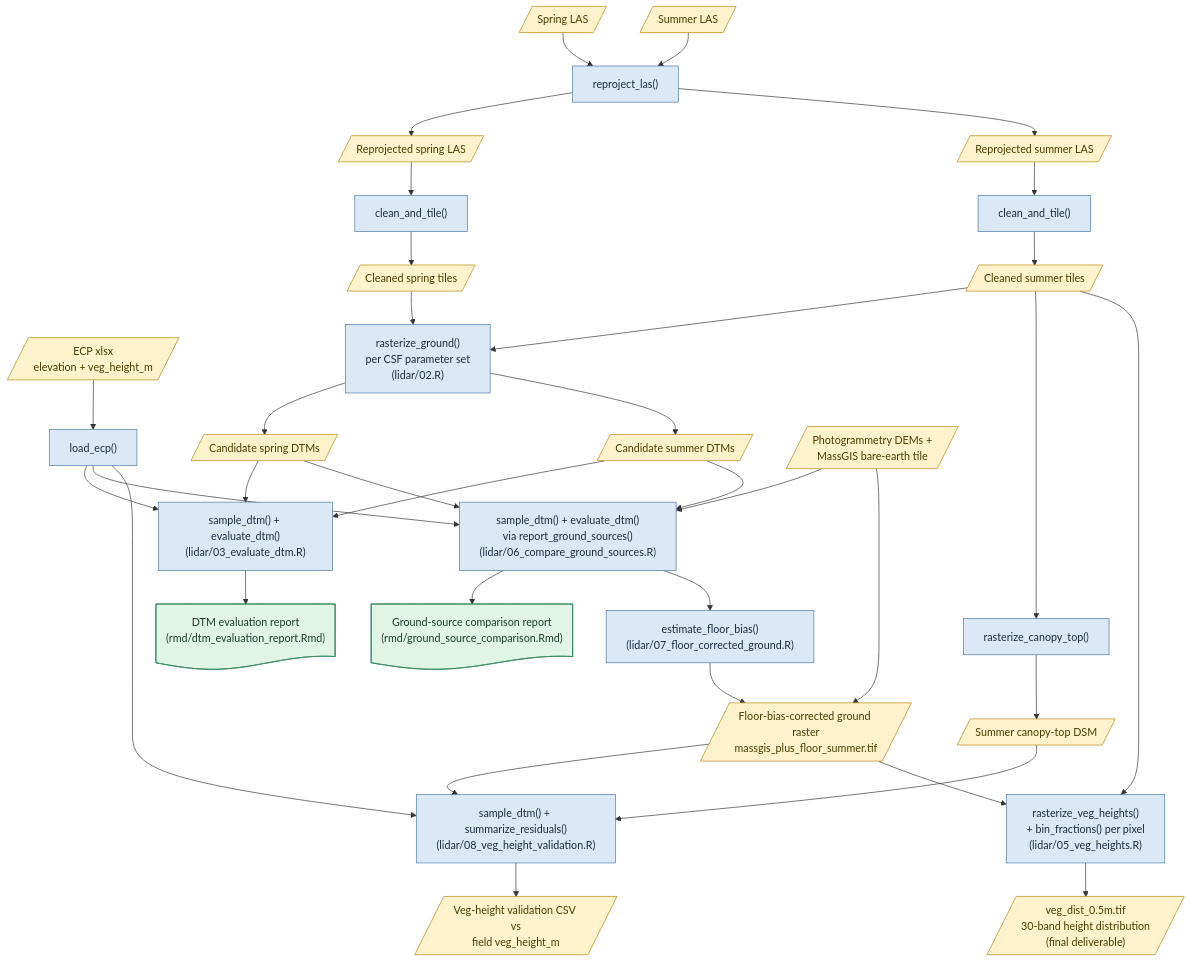
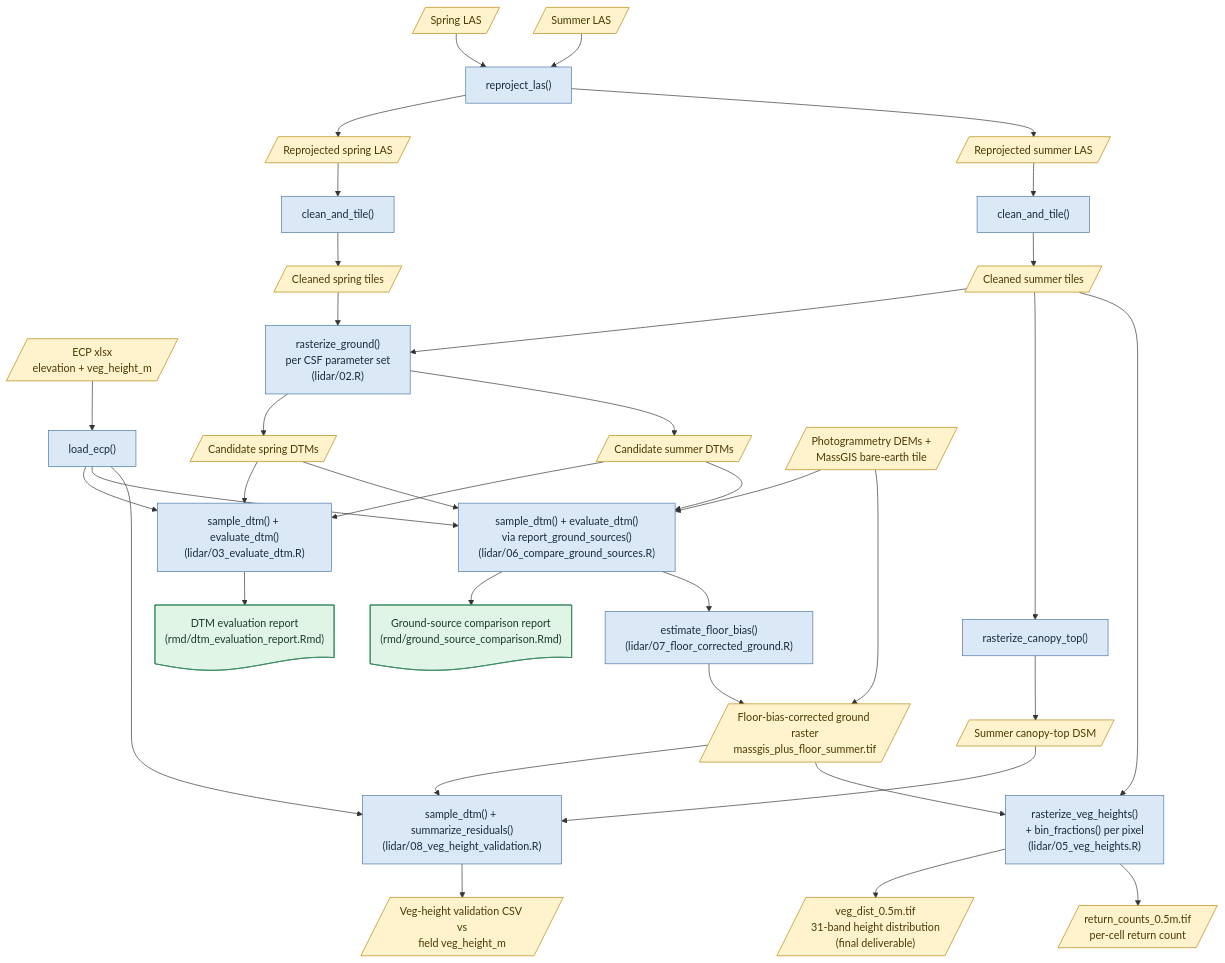
Before and after one commit to UMass-UAS-Salt-Marsh/salt-marsh-work: the diagram in lidar/ARCHITECTURE.md, drawn with Mermaid. The commit also changed other lines of this file and 5 other files, not shown here.

First line of the commit message:
Emit a per-cell return-count raster from rasterize_veg_heights()

````diff
--- a/lidar/ARCHITECTURE.md
+++ b/lidar/ARCHITECTURE.md
@@ -227,71 +230,72 @@
 ```mermaid
 flowchart TD
     A1[/"Spring LAS"/]
     A2[/"Summer LAS"/]
     A1 --> B0
     A2 --> B0
     B0["reproject_las()"]
     B0 --> C1[/"Reprojected spring LAS"/]
     B0 --> C2[/"Reprojected summer LAS"/]
 
     C1 --> D1
     C2 --> D2
     D1["clean_and_tile()"]
     D2["clean_and_tile()"]
     D1 --> E1[/"Cleaned spring tiles"/]
     D2 --> E2[/"Cleaned summer tiles"/]
 
     ECP[/"ECP xlsx<br/>elevation + veg_height_m"/]
     LE["load_ecp()"]
     ECP --> LE
 
     E1 --> F
     E2 --> F
     F["rasterize_ground()<br/>per CSF parameter set<br/>(lidar/02.R)"]
     F --> G1[/"Candidate spring DTMs"/]
     F --> G2[/"Candidate summer DTMs"/]
 
     G1 --> J
     G2 --> J
     LE --> J
     J["sample_dtm() + evaluate_dtm()<br/>(lidar/03_evaluate_dtm.R)"]
     K@{ shape: doc, label: "DTM evaluation report<br/>(rmd/dtm_evaluation_report.Rmd)" }
     J --> K
 
     OTHER[/"Photogrammetry DEMs +<br/>MassGIS bare-earth tile"/]
     G1 --> M
     G2 --> M
     OTHER --> M
     LE --> M
     M["sample_dtm() + evaluate_dtm()<br/>via report_ground_sources()<br/>(lidar/06_compare_ground_sources.R)"]
     N@{ shape: doc, label: "Ground-source comparison report<br/>(rmd/ground_source_comparison.Rmd)" }
     M --> N
 
     M --> O
     OTHER --> P
     O["estimate_floor_bias()<br/>(lidar/07_floor_corrected_ground.R)"]
     O --> P[/"Floor-bias-corrected ground raster<br/>massgis_plus_floor_summer.tif"/]
 
     E2 --> Q
     Q["rasterize_canopy_top()"]
     Q --> R[/"Summer canopy-top DSM"/]
 
     R --> S
     P --> S
     LE --> S
     S["sample_dtm() + summarize_residuals()<br/>(lidar/08_veg_height_validation.R)"]
     S --> T[/"Veg-height validation CSV vs<br/>field veg_height_m"/]
 
     E2 --> U
     P --> U
     U["rasterize_veg_heights()<br/>+ bin_fractions() per pixel<br/>(lidar/05_veg_heights.R)"]
-    U --> V[/"veg_dist_0.5m.tif<br/>30-band height distribution<br/>(final deliverable)"/]
+    U --> V[/"veg_dist_0.5m.tif<br/>31-band height distribution<br/>(final deliverable)"/]
+    U --> W[/"return_counts_0.5m.tif<br/>per-cell return count"/]
 
     classDef process fill:#dbe9f6,stroke:#4a77a8,color:#1a2b3c
     classDef data fill:#fff3cd,stroke:#b8860b,color:#4a3b00
     classDef report fill:#e1f5e6,stroke:#2f855a,color:#1a3b28
 
     class B0,D1,D2,LE,F,J,M,O,Q,S,U process
-    class A1,A2,C1,C2,E1,E2,ECP,G1,G2,OTHER,P,R,T,V data
+    class A1,A2,C1,C2,E1,E2,ECP,G1,G2,OTHER,P,R,T,V,W data
     class K,N report
 ```
````
